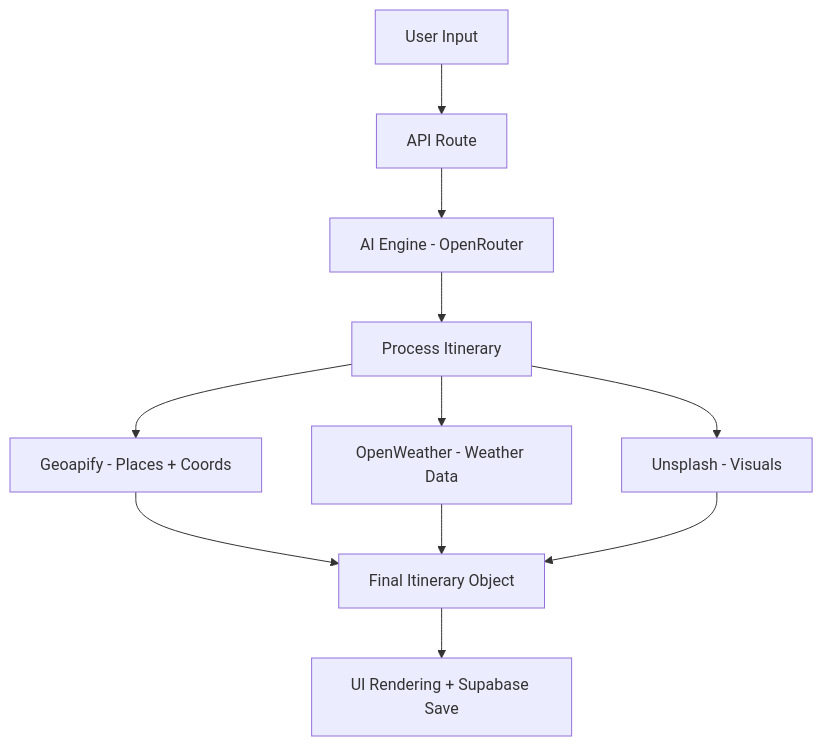
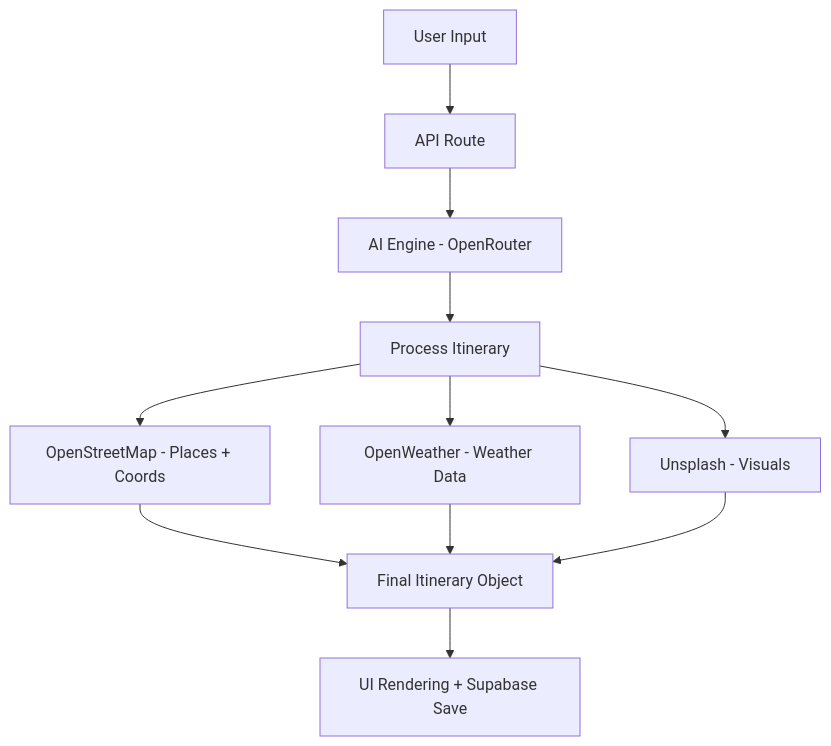
The diagram in README.md (rajatnagda45/TripVerse-AI), drawn with Mermaid before and after one commit. The commit also changed other lines of this file, not shown here.

````diff
--- a/README.md
+++ b/README.md
@@ -117,11 +109,11 @@
 ```mermaid
 graph TD
     A[User Input] --> B[API Route]
     B --> C[AI Engine - OpenRouter]
     C --> D[Process Itinerary]
-    D --> E[Geoapify - Places + Coords]
+    D --> E[OpenStreetMap - Places + Coords]
     D --> F[OpenWeather - Weather Data]
     D --> G[Unsplash - Visuals]
     E & F & G --> H[Final Itinerary Object]
     H --> I[UI Rendering + Supabase Save]
 ```
````
